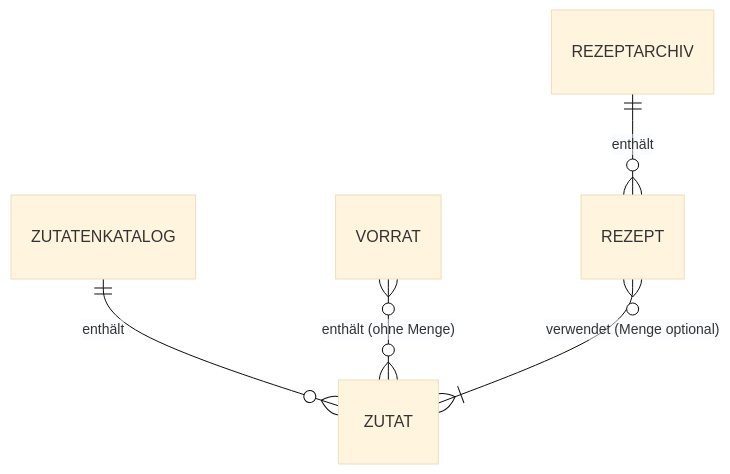
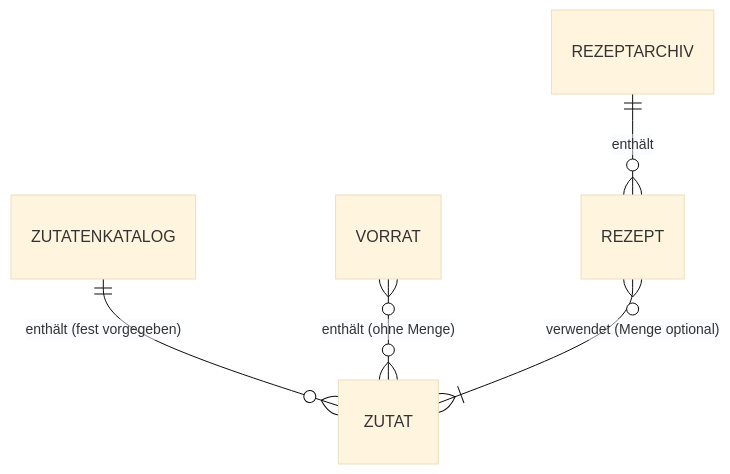
One commit to NeloBorcram/Jausi changed the second of 2 diagrams in docs/requirements.md. Above: the diagram before and after it, drawn with Mermaid (base theme). The commit also changed other lines of this file and 4 other files, not shown here.

````diff
--- a/docs/requirements.md
+++ b/docs/requirements.md
@@ -56,7 +56,7 @@
 ```mermaid
 erDiagram
-    ZUTATENKATALOG ||--o{ ZUTAT : "enthält"
+    ZUTATENKATALOG ||--o{ ZUTAT : "enthält (fest vorgegeben)"
     VORRAT }o--o{ ZUTAT : "enthält (ohne Menge)"
     REZEPTARCHIV ||--o{ REZEPT : "enthält"
     REZEPT }o--|{ ZUTAT : "verwendet (Menge optional)"
 ```
````
